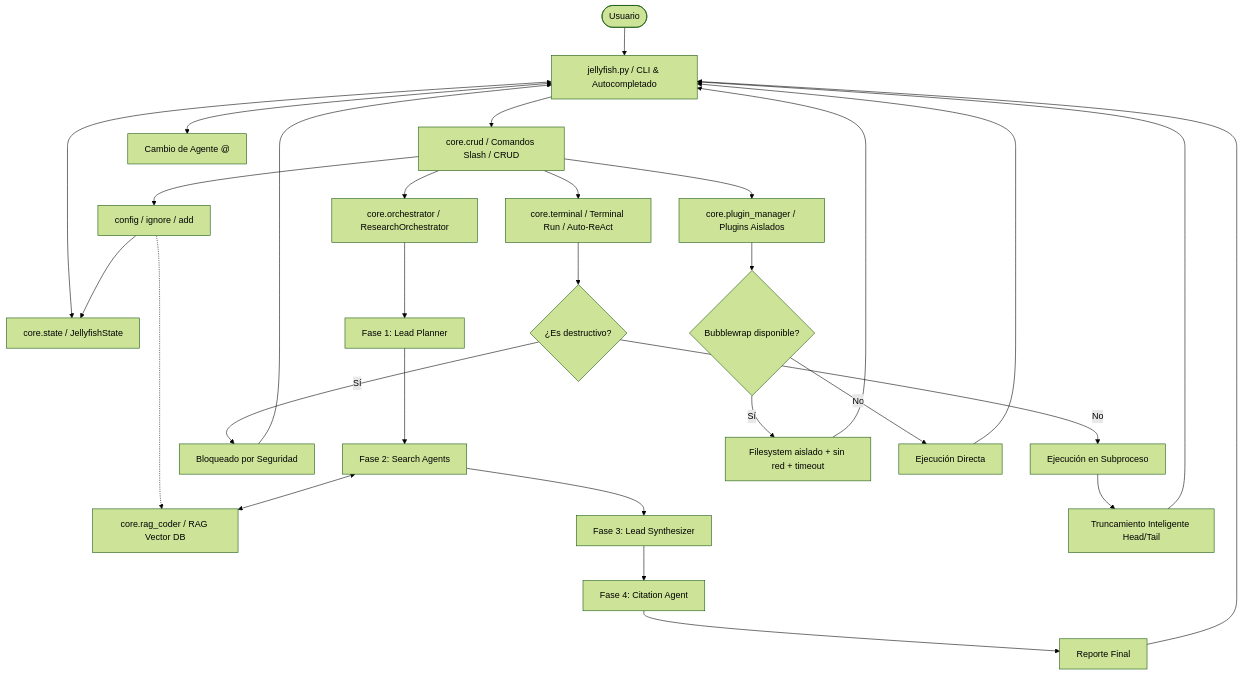
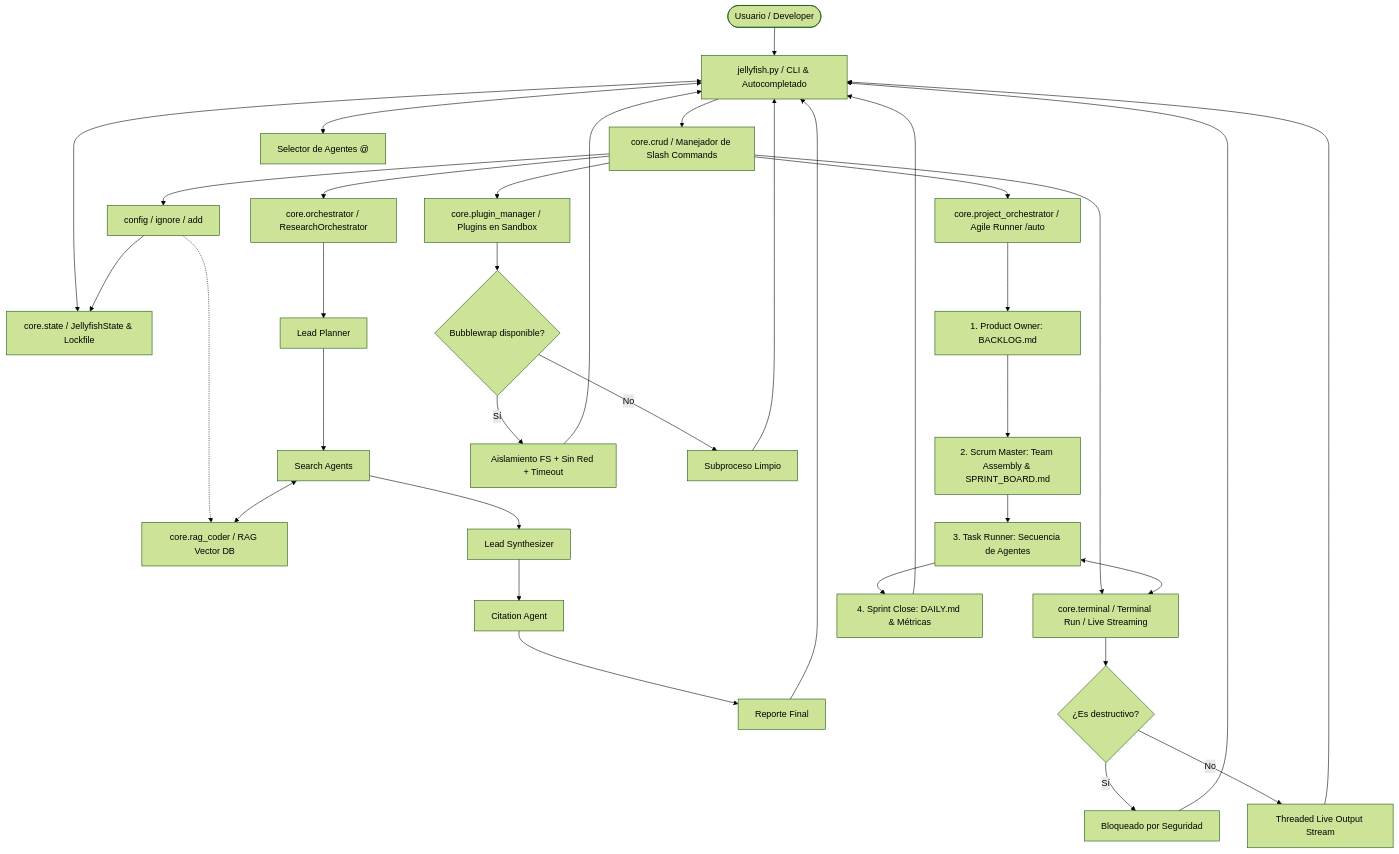
One commit to gerardocastillo2196-cyber/Jellyfish changed the diagram in README.md. Above: the diagram before and after it, drawn with Mermaid (forest theme). The commit also changed other lines of this file, not shown here.

Commit message:
Jellyfish V5.2.1

````diff
--- a/README.md
+++ b/README.md
@@ -13,36 +15,33 @@
 ```mermaid
 graph TD
-    User([Usuario]) --> CLI[jellyfish.py / CLI & Autocompletado]
-    CLI <--> State[core.state / JellyfishState]
-    CLI --> Commands[core.crud / Comandos Slash / CRUD]
-    CLI <--> AgentChange[Cambio de Agente @]
+    User([Usuario / Developer]) --> CLI[jellyfish.py / CLI & Autocompletado]
+    CLI <--> State[core.state / JellyfishState & Lockfile]
+    CLI --> Commands[core.crud / Manejador de Slash Commands]
+    CLI <--> AgentChange[Selector de Agentes @]
 
     Commands --> Config[config / ignore / add]
     Config --> State
     Config -.-> RAG[core.rag_coder / RAG Vector DB]
 
     Commands --> Research[core.orchestrator / ResearchOrchestrator]
-    Commands --> Run[core.terminal / Terminal Run / Auto-ReAct]
-    Commands --> Plugin[core.plugin_manager / Plugins Aislados]
+    Commands --> AutoScrum[core.project_orchestrator / Agile Runner /auto]
+    Commands --> Run[core.terminal / Terminal Run / Live Streaming]
+    Commands --> Plugin[core.plugin_manager / Plugins en Sandbox]
 
-    Research --> Planner[Fase 1: Lead Planner]
-    Planner --> Search[Fase 2: Search Agents]
-    Search <--> RAG
-    Search --> Synthesizer[Fase 3: Lead Synthesizer]
-    Synthesizer --> Citation[Fase 4: Citation Agent]
-    Citation --> FinalReport[Reporte Final]
-    FinalReport --> CLI
+    Research --> Planner[Lead Planner] --> Search[Search Agents] <--> RAG
+    Search --> Synthesizer[Lead Synthesizer] --> Citation[Citation Agent] --> FinalReport[Reporte Final] --> CLI
+
+    AutoScrum --> PO_Scan[1. Product Owner: BACKLOG.md]
+    PO_Scan --> SM_Plan[2. Scrum Master: Team Assembly & SPRINT_BOARD.md]
+    SM_Plan --> Task_Run[3. Task Runner: Secuencia de Agentes]
+    Task_Run <--> Run
+    Task_Run --> Daily_Close[4. Sprint Close: DAILY.md & Métricas] --> CLI
 
     Run --> Blacklist{¿Es destructivo?}
-    Blacklist -- Sí --> Blocked[Bloqueado por Seguridad]
-    Blocked --> CLI
-    Blacklist -- No --> Execution[Ejecución en Subproceso]
-    Execution --> Truncate[Truncamiento Inteligente Head/Tail]
-    Truncate --> CLI
+    Blacklist -- Sí --> Blocked[Bloqueado por Seguridad] --> CLI
+    Blacklist -- No --> ThreadStream[Threaded Live Output Stream] --> CLI
 
     Plugin --> Sandbox{Bubblewrap disponible?}
-    Sandbox -- Sí --> Isolated[Filesystem aislado + sin red + timeout]
-    Sandbox -- No --> InProcess[Ejecución Directa]
-    Isolated --> CLI
-    InProcess --> CLI
+    Sandbox -- Sí --> Isolated[Aislamiento FS + Sin Red + Timeout] --> CLI
+    Sandbox -- No --> Fallback[Subproceso Limpio] --> CLI
 ```
````
